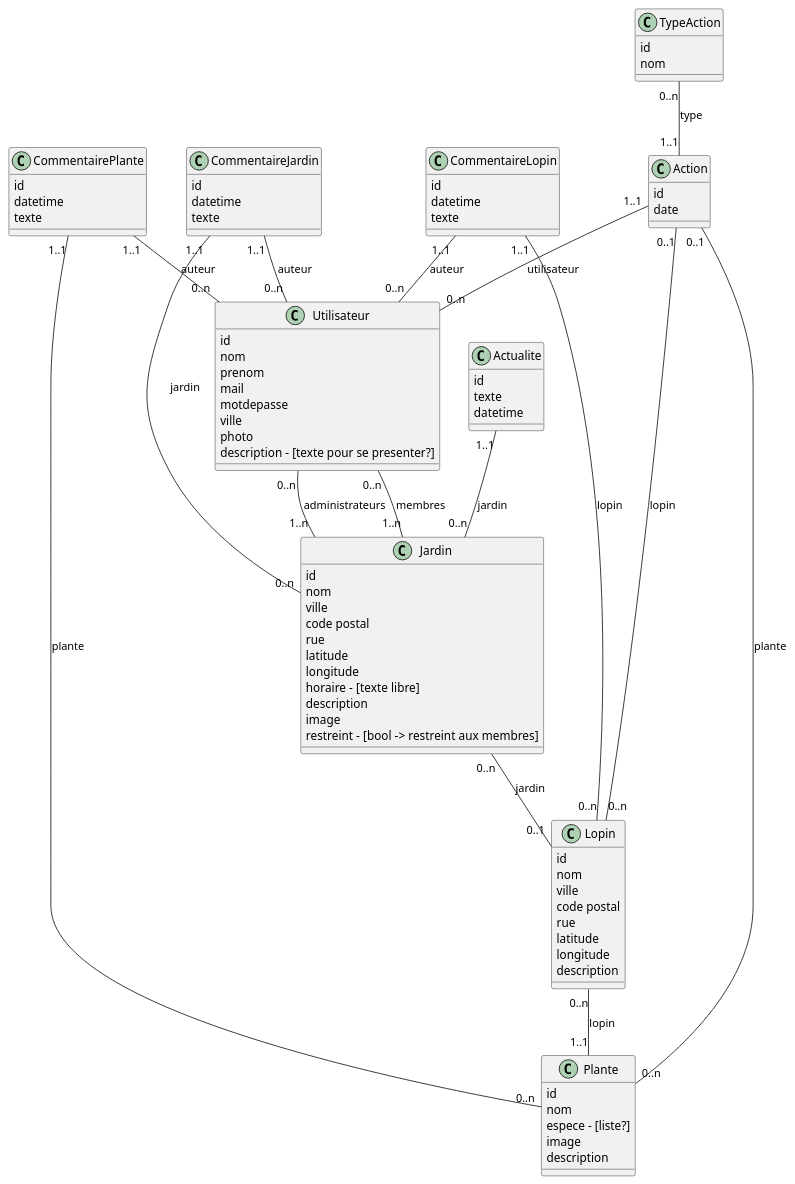
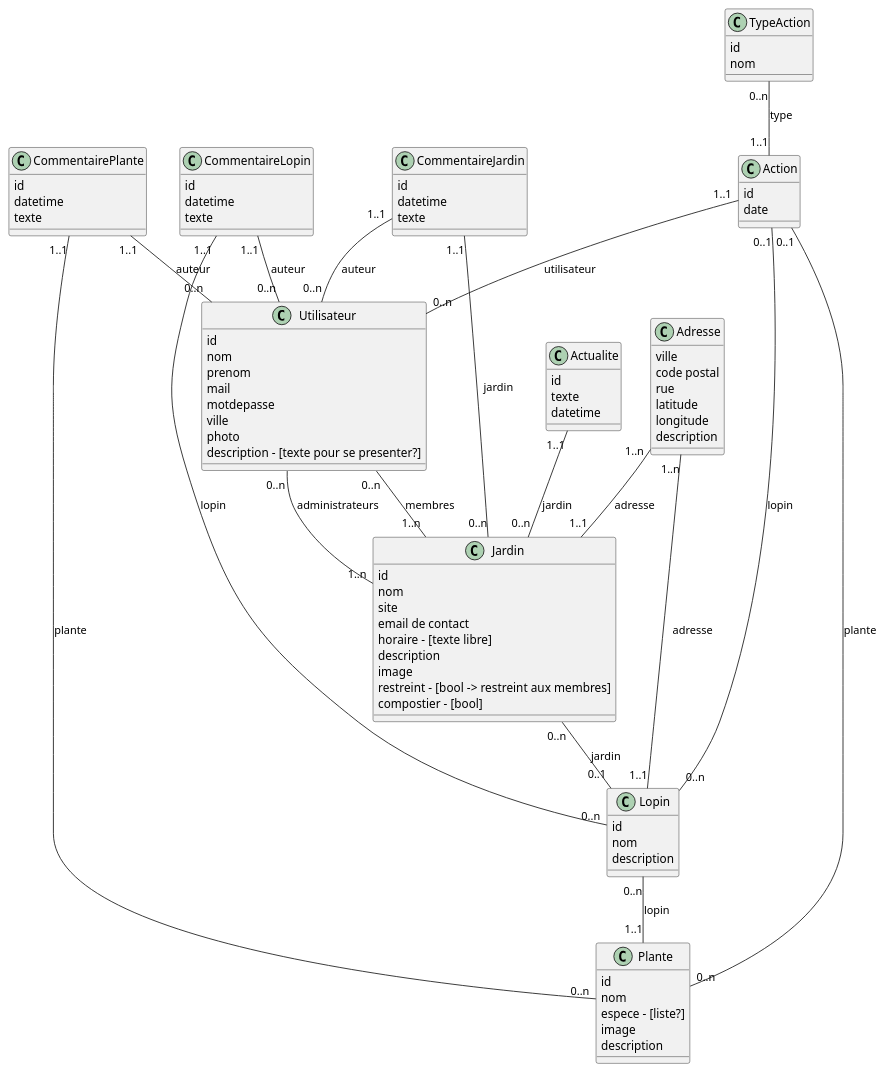
One commit to 0xnome/pldjardin changed the diagram in doc/mcd.puml. Above: the diagram before and after it, drawn with PlantUML. The commit also changed 1 other file, not shown here.

Commit message:
Update of mcd. Added Adresse

```diff
--- a/doc/mcd.puml
+++ b/doc/mcd.puml
@@ -1,111 +1,116 @@
 @startuml
 skinparam shadowing false
 skinparam monochrome false
 skinparam TitleFontSize 20
 skinparam sequenceTitleFontSize 20
 skinparam sequenceTitleFontStyle plain
 
 skinparam state {
   BackgroundColor white
   BackgroundColor<<Warning>> lightblue
 }
 
 class Plante{
 	id
 	nom
 	espece - [liste?]
 	image
 	description
 }
 
 class Jardin{
 	id
 	nom
-	ville
-	code postal
-	rue
-	latitude
-	longitude
+	site
+	email de contact
 	horaire - [texte libre]
 	description
 	image
 	restreint - [bool -> restreint aux membres]
+	compostier - [bool]
 }
 
 class Lopin{
 	id
 	nom
-	ville
-	code postal
-	rue
-	latitude
-	longitude
 	description
 }
 
 class Utilisateur{
 	id
 	nom
 	prenom
 	mail
 	motdepasse
 	ville
 	photo
 	description - [texte pour se presenter?]
+}
+
+class Adresse{
+	ville
+	code postal
+	rue
+	latitude
+	longitude
+	description
 }
 
 class Actualite{
 	id
 	texte
 	datetime
 }
 
 class CommentaireJardin{
 	id
 	datetime
 	texte
 }
 
 class CommentairePlante{
 	id
 	datetime
 	texte
 }
 
 class CommentaireLopin{
 	id
 	datetime
 	texte
 }
 
 class Action{
 	id
 	date
 }
 
 class TypeAction{
 	id
 	nom
 }
 
 
 Jardin "0..n" -- "0..1" Lopin : jardin
 Lopin "0..n" -- "1..1" Plante : lopin
 
 TypeAction "0..n" -- "1..1" Action : type
 Action "1..1" -- "0..n" Utilisateur : utilisateur
 Action "0..1" -- "0..n" Plante : plante
 Action "0..1" -- "0..n" Lopin : lopin
 
 CommentairePlante "1..1" -- "0..n" Utilisateur : auteur
 CommentairePlante "1..1" -- "0..n" Plante : plante
 CommentaireJardin "1..1" -- "0..n" Utilisateur : auteur
 CommentaireJardin "1..1" -- "0..n" Jardin : jardin
 CommentaireLopin "1..1" -- "0..n" Utilisateur : auteur
 CommentaireLopin "1..1" -- "0..n" Lopin : lopin
 
 Utilisateur "0..n" -- "1..n" Jardin : administrateurs
 Utilisateur "0..n" -- "1..n" Jardin : membres
 
 Actualite "1..1" -- "0..n" Jardin : jardin
+
+Adresse "1..n" -- "1..1" Jardin : adresse
+Adresse "1..n" -- "1..1" Lopin : adresse
 @enduml
```
